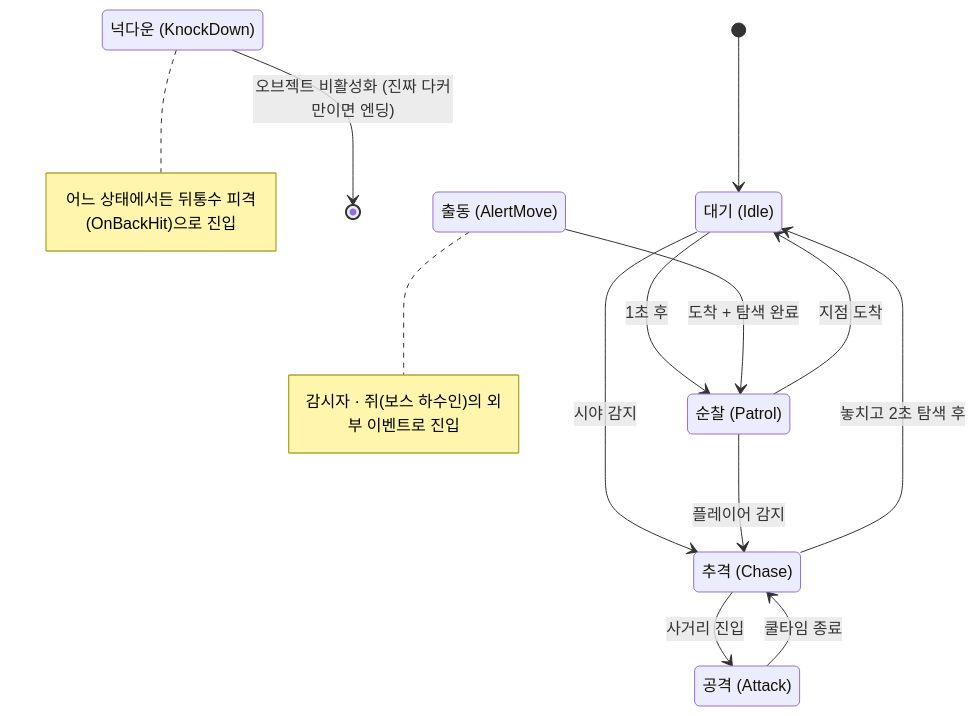
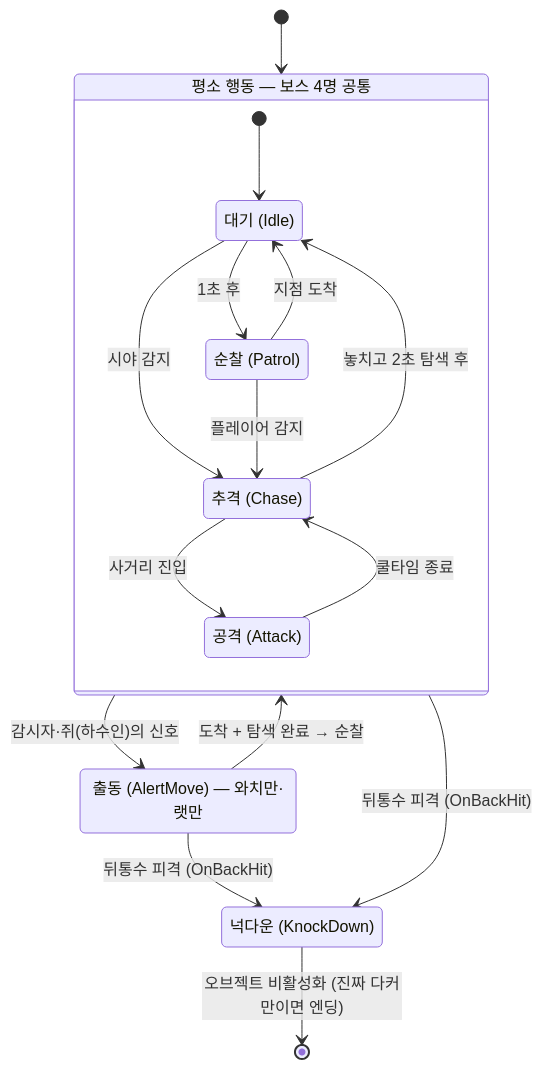
Before and after one commit to pinkshield/portfolio: the third of 4 diagrams in src/1-watch-your-back/기술문서.md, drawn with Mermaid. The commit also changed other lines of this file and 3 other files, not shown here.

````diff
--- a/src/1-watch-your-back/기술문서.md
+++ b/src/1-watch-your-back/기술문서.md
@@ -203,22 +203,26 @@
 ```mermaid
 stateDiagram-v2
     direction TB
-    state "대기 (Idle)" as Idle
-    state "순찰 (Patrol)" as Patrol
-    state "추격 (Chase)" as Chase
-    state "공격 (Attack)" as Attack
-    state "출동 (AlertMove)" as AlertMove
+    state "평소 행동 — 보스 4명 공통" as Normal {
+        state "대기 (Idle)" as Idle
+        state "순찰 (Patrol)" as Patrol
+        state "추격 (Chase)" as Chase
+        state "공격 (Attack)" as Attack
+        [*] --> Idle
+        Idle --> Patrol : 1초 후
+        Idle --> Chase : 시야 감지
+        Patrol --> Idle : 지점 도착
+        Patrol --> Chase : 플레이어 감지
+        Chase --> Attack : 사거리 진입
+        Attack --> Chase : 쿨타임 종료
+        Chase --> Idle : 놓치고 2초 탐색 후
+    }
+    state "출동 (AlertMove) — 와치만·랫만" as AlertMove
     state "넉다운 (KnockDown)" as KnockDown
-    [*] --> Idle
-    Idle --> Patrol : 1초 후
-    Idle --> Chase : 시야 감지
-    Patrol --> Idle : 지점 도착
-    Patrol --> Chase : 플레이어 감지
-    Chase --> Attack : 사거리 진입
-    Chase --> Idle : 놓치고 2초 탐색 후
-    Attack --> Chase : 쿨타임 종료
-    AlertMove --> Patrol : 도착 + 탐색 완료
-    note right of AlertMove : 감시자 · 쥐(보스 하수인)의 외부 이벤트로 진입
+    [*] --> Normal
+    Normal --> AlertMove : 감시자·쥐(하수인)의 신호
+    AlertMove --> Normal : 도착 + 탐색 완료 → 순찰
+    Normal --> KnockDown : 뒤통수 피격 (OnBackHit)
+    AlertMove --> KnockDown : 뒤통수 피격 (OnBackHit)
     KnockDown --> [*] : 오브젝트 비활성화 (진짜 다커만이면 엔딩)
-    note right of KnockDown : 어느 상태에서든 뒤통수 피격(OnBackHit)으로 진입
 ```
````
